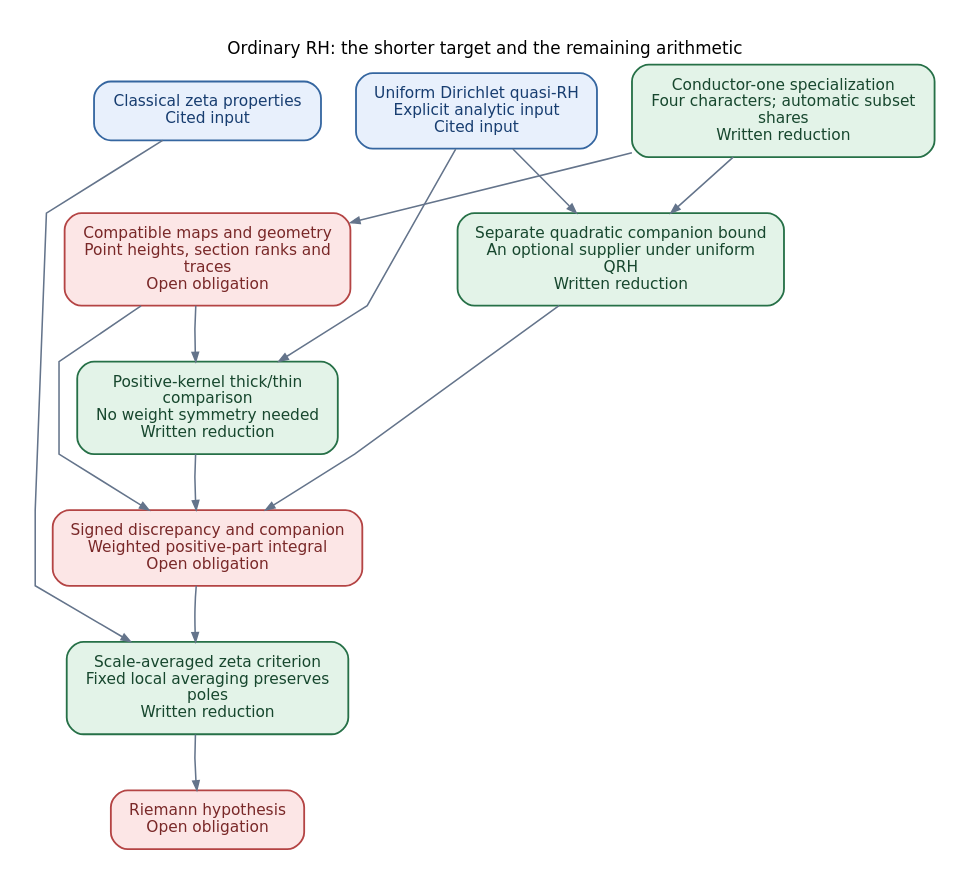
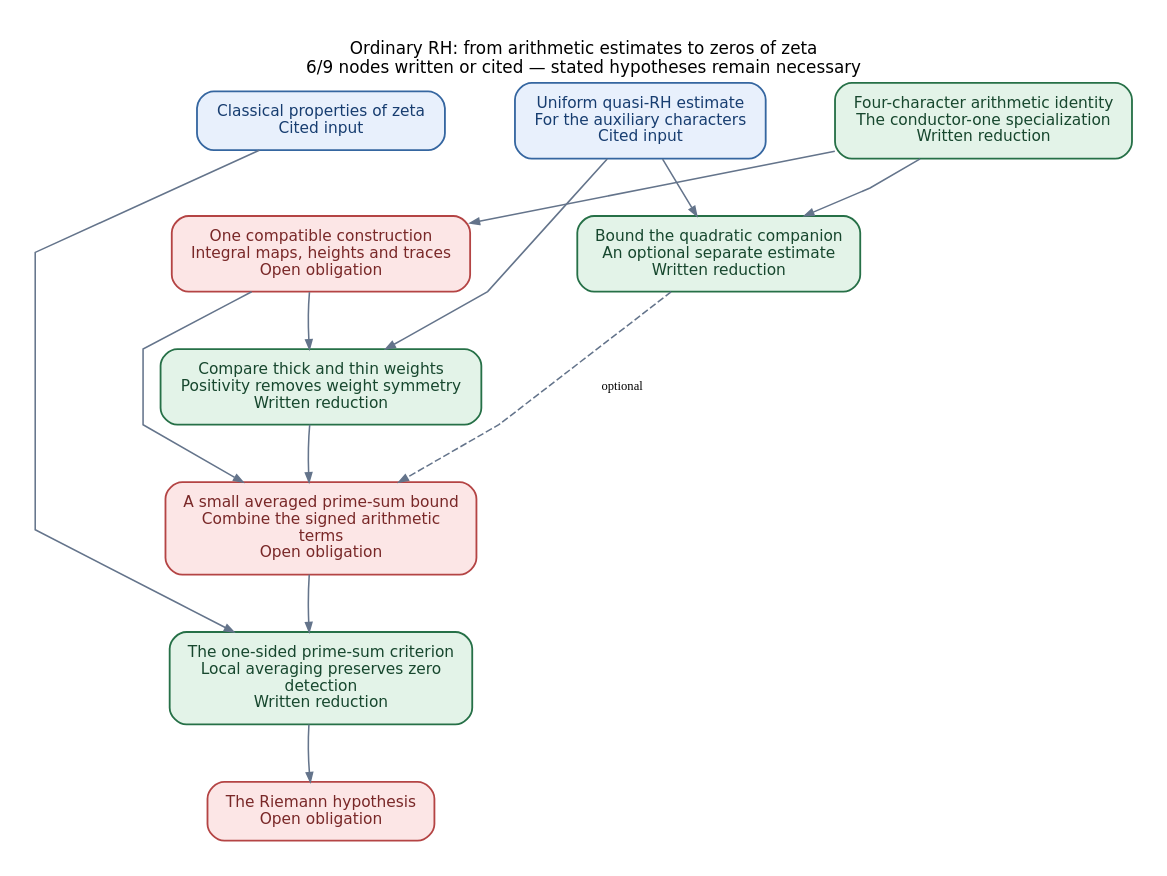
The diagram in blueprint/rh.dot (JoseBrox/GRH_distillation), drawn with Graphviz before and after one commit. The commit also changed 24 other files, not shown here.

```diff
--- a/blueprint/rh.dot
+++ b/blueprint/rh.dot
@@ -1,43 +1,43 @@
 digraph proof {
 graph [rankdir=TB, bgcolor="white", pad="0.24", nodesep="0.30", ranksep="0.48",
-  fontname="DejaVu Sans", fontsize=12, labelloc=t, label="Ordinary RH: the shorter target and the remaining arithmetic", splines=polyline];
+  fontname="DejaVu Sans", fontsize=12, labelloc=t, label="Ordinary RH: from arithmetic estimates to zeros of zeta\n6/9 nodes written or cited — stated hypotheses remain necessary", splines=polyline];
 node [shape=box, style="rounded,filled", fontname="DejaVu Sans", fontsize=11,
   margin="0.18,0.12", penwidth=1.3];
 edge [color="#64748B", penwidth=1.1, arrowsize=0.65];
 graph [nodesep="0.35", ranksep="0.55"];
-"rh_classical" [label="Classical zeta properties\nCited input", fillcolor="#E8F0FC", color="#3566A0", fontcolor="#173D70"];
-"rh_qrh" [label="Uniform Dirichlet quasi-RH\nExplicit analytic input\nCited input", fillcolor="#E8F0FC", color="#3566A0", fontcolor="#173D70"];
-"rh_four" [label="Conductor-one specialization\nFour characters; automatic subset\nshares\nWritten reduction", fillcolor="#E3F3E8", color="#267047", fontcolor="#17472E"];
-"rh_data" [label="Compatible maps and geometry\nPoint heights, section ranks and\ntraces\nOpen obligation", fillcolor="#FCE6E6", color="#B44444", fontcolor="#792828"];
-"rh_transfer" [label="Positive-kernel thick/thin\ncomparison\nNo weight symmetry needed\nWritten reduction", fillcolor="#E3F3E8", color="#267047", fontcolor="#17472E"];
-"rh_companion" [label="Separate quadratic companion bound\nAn optional supplier under uniform\nQRH\nWritten reduction", fillcolor="#E3F3E8", color="#267047", fontcolor="#17472E"];
-"rh_bound" [label="Signed discrepancy and companion\nWeighted positive-part integral\nOpen obligation", fillcolor="#FCE6E6", color="#B44444", fontcolor="#792828"];
-"rh_criterion" [label="Scale-averaged zeta criterion\nFixed local averaging preserves\npoles\nWritten reduction", fillcolor="#E3F3E8", color="#267047", fontcolor="#17472E"];
-"rh_goal" [label="Riemann hypothesis\nOpen obligation", fillcolor="#FCE6E6", color="#B44444", fontcolor="#792828"];
+"rh_classical" [label="Classical properties of zeta\nCited input", fillcolor="#E8F0FC", color="#3566A0", fontcolor="#173D70"];
+"rh_qrh" [label="Uniform quasi-RH estimate\nFor the auxiliary characters\nCited input", fillcolor="#E8F0FC", color="#3566A0", fontcolor="#173D70"];
+"rh_four" [label="Four-character arithmetic identity\nThe conductor-one specialization\nWritten reduction", fillcolor="#E3F3E8", color="#267047", fontcolor="#17472E"];
+"rh_data" [label="One compatible construction\nIntegral maps, heights and traces\nOpen obligation", fillcolor="#FCE6E6", color="#B44444", fontcolor="#792828"];
+"rh_transfer" [label="Compare thick and thin weights\nPositivity removes weight symmetry\nWritten reduction", fillcolor="#E3F3E8", color="#267047", fontcolor="#17472E"];
+"rh_companion" [label="Bound the quadratic companion\nAn optional separate estimate\nWritten reduction", fillcolor="#E3F3E8", color="#267047", fontcolor="#17472E"];
+"rh_bound" [label="A small averaged prime-sum bound\nCombine the signed arithmetic\nterms\nOpen obligation", fillcolor="#FCE6E6", color="#B44444", fontcolor="#792828"];
+"rh_criterion" [label="The one-sided prime-sum criterion\nLocal averaging preserves zero\ndetection\nWritten reduction", fillcolor="#E3F3E8", color="#267047", fontcolor="#17472E"];
+"rh_goal" [label="The Riemann hypothesis\nOpen obligation", fillcolor="#FCE6E6", color="#B44444", fontcolor="#792828"];
 "rh_four" -> "rh_data";
 "rh_four" -> "rh_companion";
 "rh_qrh" -> "rh_companion";
 "rh_data" -> "rh_transfer";
 "rh_data" -> "rh_bound";
 "rh_transfer" -> "rh_bound";
-"rh_companion" -> "rh_bound";
+"rh_companion" -> "rh_bound" [style=dashed, label="optional", fontsize=9];
 "rh_bound" -> "rh_criterion";
 "rh_classical" -> "rh_criterion";
 "rh_criterion" -> "rh_goal";
 "rh_qrh" -> "rh_transfer";
 {rank=same; "rh_classical"; "rh_qrh"; "rh_four";}
 {rank=same; "rh_data"; "rh_companion";}
 {rank=same; "rh_transfer";}
 {rank=same; "rh_bound";}
 {rank=same; "rh_criterion";}
 {rank=same; "rh_goal";}
 // Invisible edges below control layout only; they are not proof interfaces.
 "rh_classical" -> "rh_qrh" [style=invis, weight=50];
 "rh_qrh" -> "rh_four" [style=invis, weight=50];
 "rh_data" -> "rh_companion" [style=invis, weight=50];
 "rh_classical" -> "rh_data" [style=invis, weight=50];
 "rh_data" -> "rh_transfer" [style=invis, weight=50];
 "rh_transfer" -> "rh_bound" [style=invis, weight=50];
 "rh_bound" -> "rh_criterion" [style=invis, weight=50];
 "rh_criterion" -> "rh_goal" [style=invis, weight=50];
 }
```
